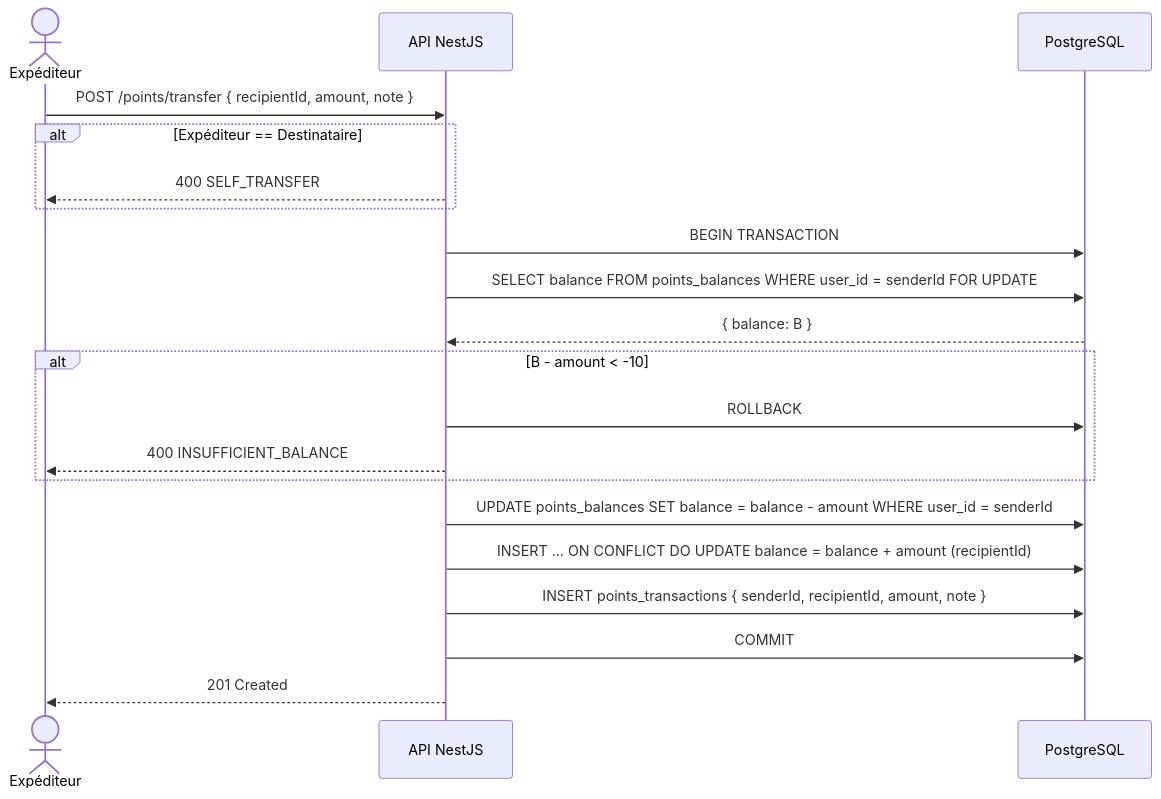
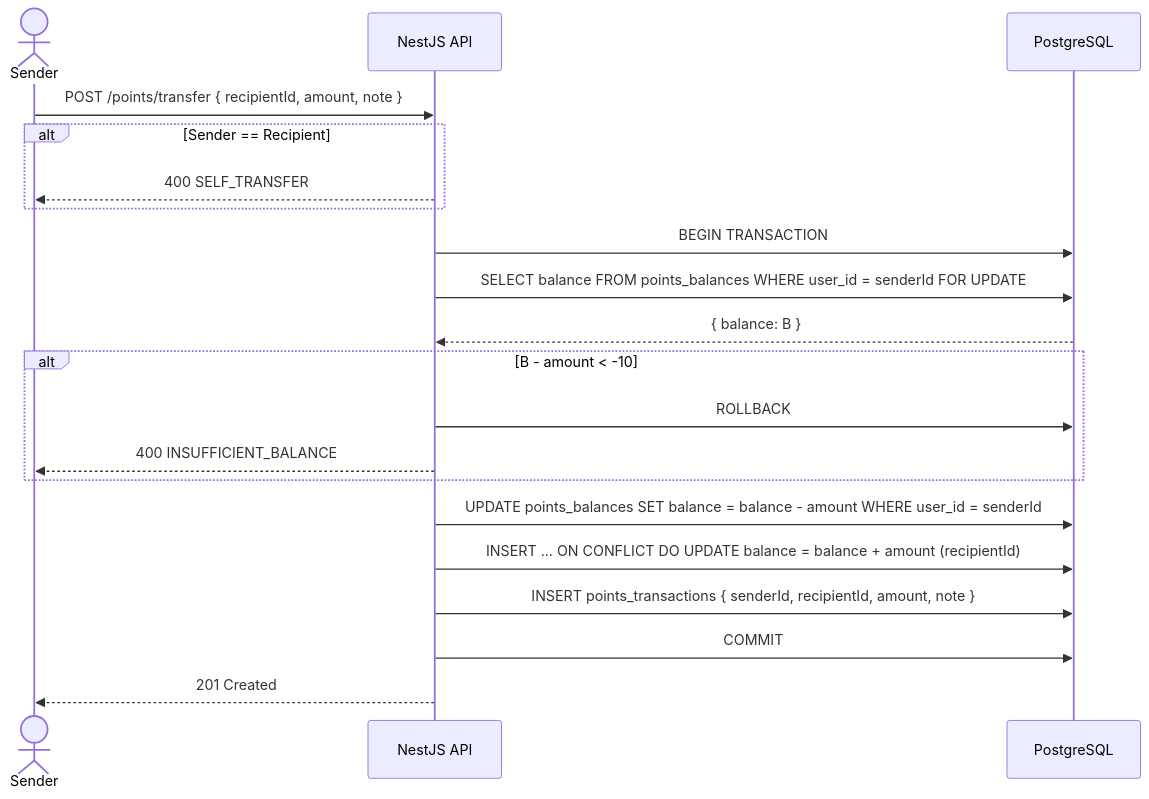
Before and after one commit to creibaud/QuartierConnect: the seventh of 23 diagrams in docs/RAPPORT-ETAPE2.md, drawn with Mermaid. The commit also changed other lines of this file and 155 other files, not shown here.

````diff
--- a/docs/RAPPORT-ETAPE2.md
+++ b/docs/RAPPORT-ETAPE2.md
@@ -291,27 +291,27 @@
 ```mermaid
 sequenceDiagram
-    actor E as Expéditeur
-    participant A as API NestJS
+    actor E as Sender
+    participant A as NestJS API
     participant PG as PostgreSQL
 
     E->>A: POST /points/transfer { recipientId, amount, note }
 
-    alt Expéditeur == Destinataire
+    alt Sender == Recipient
         A-->>E: 400 SELF_TRANSFER
     end
 
     A->>PG: BEGIN TRANSACTION
     A->>PG: SELECT balance FROM points_balances WHERE user_id = senderId FOR UPDATE
     PG-->>A: { balance: B }
 
     alt B - amount < -10
         A->>PG: ROLLBACK
         A-->>E: 400 INSUFFICIENT_BALANCE
     end
 
     A->>PG: UPDATE points_balances SET balance = balance - amount WHERE user_id = senderId
     A->>PG: INSERT ... ON CONFLICT DO UPDATE balance = balance + amount (recipientId)
     A->>PG: INSERT points_transactions { senderId, recipientId, amount, note }
     A->>PG: COMMIT
     A-->>E: 201 Created
 ```
````
